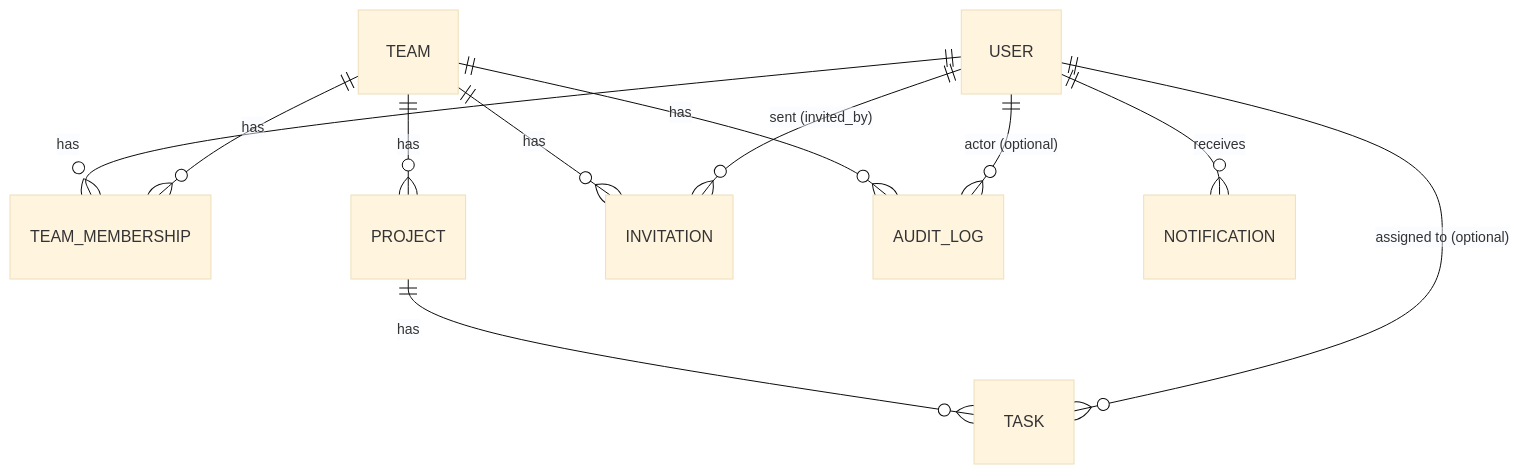
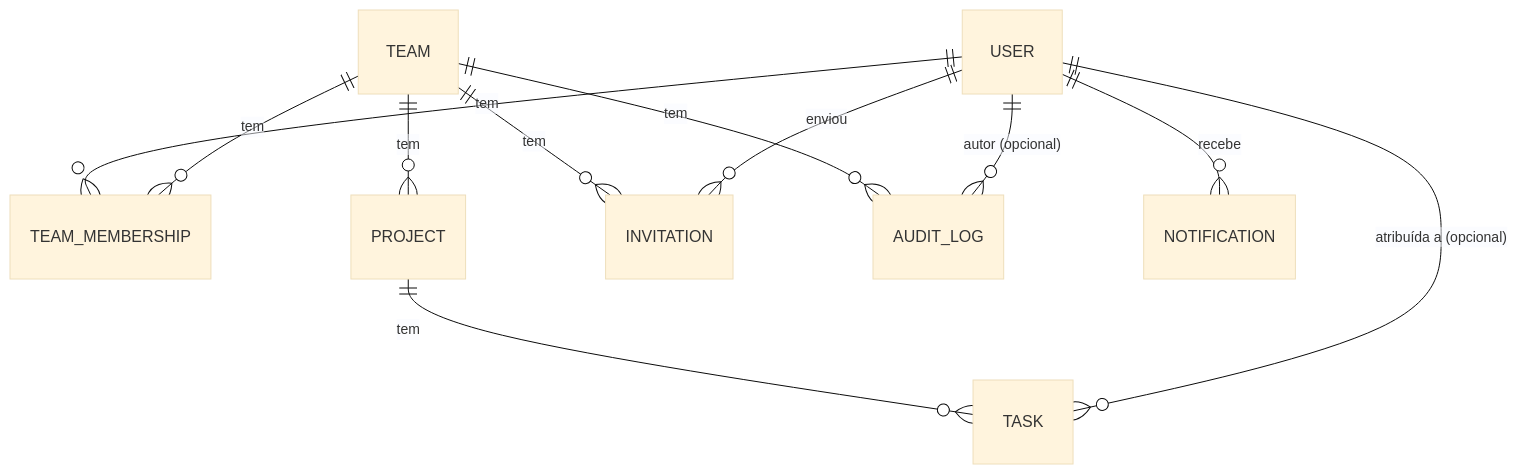
Before and after one commit to anamoraisdev/TeamFlow-API: the first of 2 diagrams in README.md, drawn with Mermaid (base theme). The commit also changed other lines of this file, not shown here.

````diff
--- a/README.md
+++ b/README.md
@@ -94,13 +38,13 @@
 ```mermaid
 erDiagram
-    USER ||--o{ TEAM_MEMBERSHIP : "has"
-    TEAM ||--o{ TEAM_MEMBERSHIP : "has"
-    TEAM ||--o{ PROJECT : "has"
-    PROJECT ||--o{ TASK : "has"
-    USER ||--o{ TASK : "assigned to (optional)"
-    TEAM ||--o{ INVITATION : "has"
-    USER ||--o{ INVITATION : "sent (invited_by)"
-    TEAM ||--o{ AUDIT_LOG : "has"
-    USER ||--o{ AUDIT_LOG : "actor (optional)"
-    USER ||--o{ NOTIFICATION : "receives"
+    USER ||--o{ TEAM_MEMBERSHIP : "tem"
+    TEAM ||--o{ TEAM_MEMBERSHIP : "tem"
+    TEAM ||--o{ PROJECT : "tem"
+    PROJECT ||--o{ TASK : "tem"
+    USER ||--o{ TASK : "atribuída a (opcional)"
+    TEAM ||--o{ INVITATION : "tem"
+    USER ||--o{ INVITATION : "enviou"
+    TEAM ||--o{ AUDIT_LOG : "tem"
+    USER ||--o{ AUDIT_LOG : "autor (opcional)"
+    USER ||--o{ NOTIFICATION : "recebe"
 ```
````
